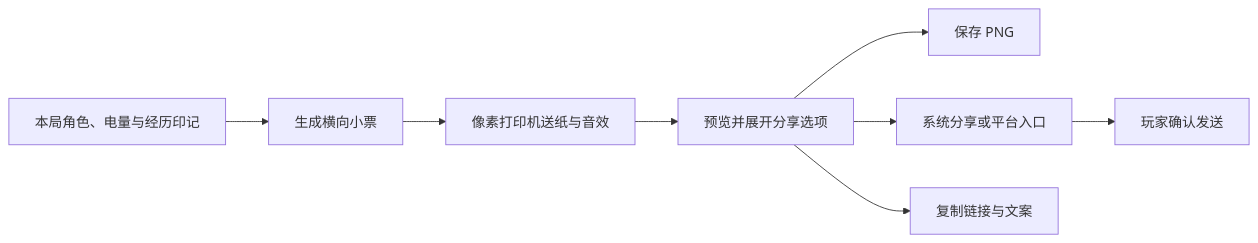
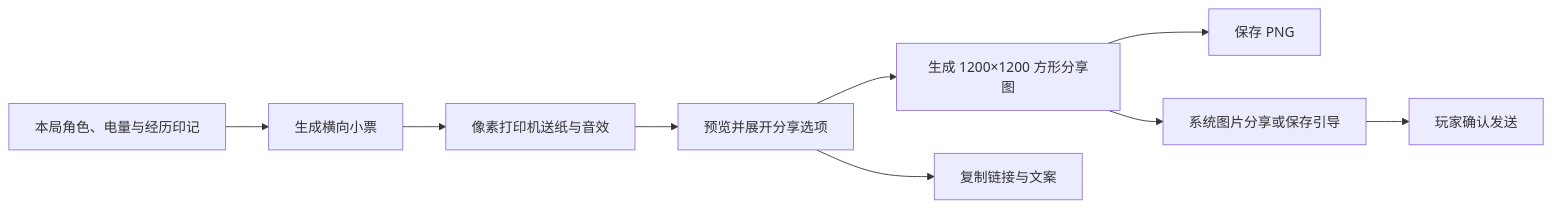
Before and after one commit to wsLuYao/social-battery-game: the fourth of 4 diagrams in README.md, drawn with Mermaid. The commit also changed other lines of this file and 15 other files, not shown here.

````diff
--- a/README.md
+++ b/README.md
@@ -143,10 +143,11 @@
 ```mermaid
 flowchart LR
     A[本局角色、电量与经历印记] --> B[生成横向小票]
     B --> C[像素打印机送纸与音效]
     C --> D[预览并展开分享选项]
-    D --> E[保存 PNG]
-    D --> F[系统分享或平台入口]
+    D --> S[生成 1200×1200 方形分享图]
+    S --> E[保存 PNG]
+    S --> F[系统图片分享或保存引导]
     D --> G[复制链接与文案]
     F --> H[玩家确认发送]
 ```
````
